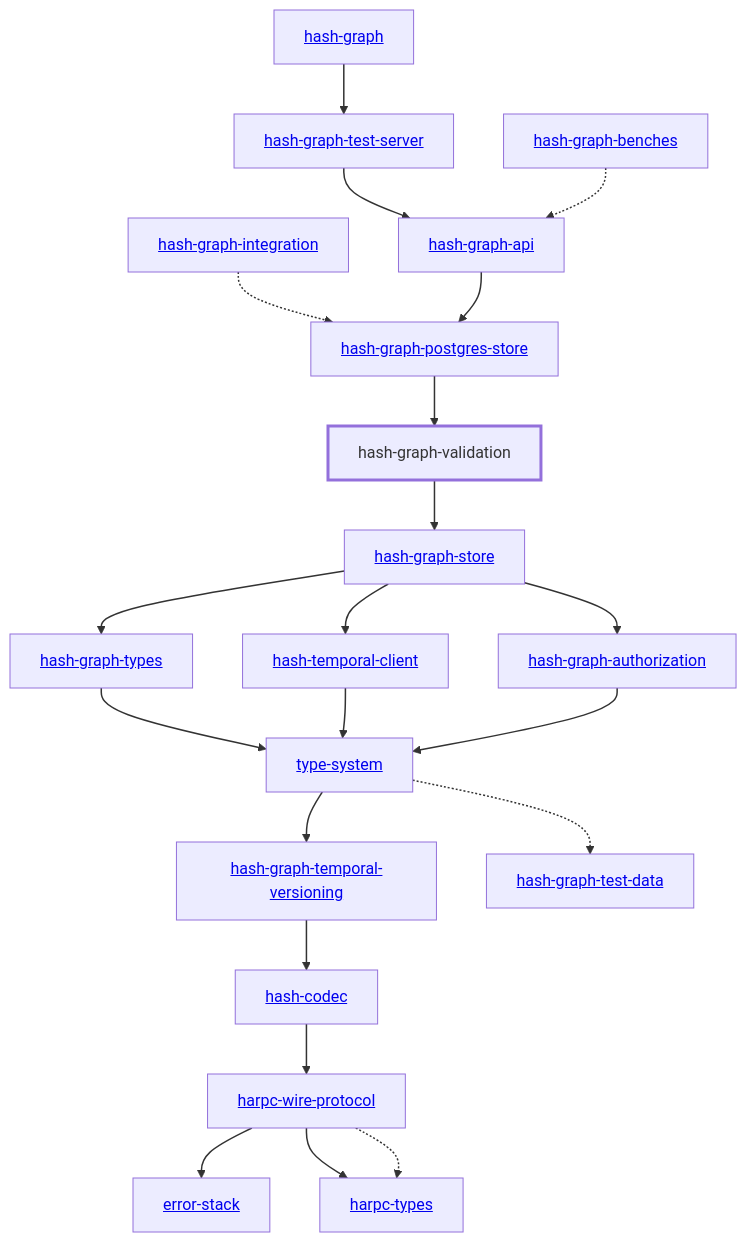
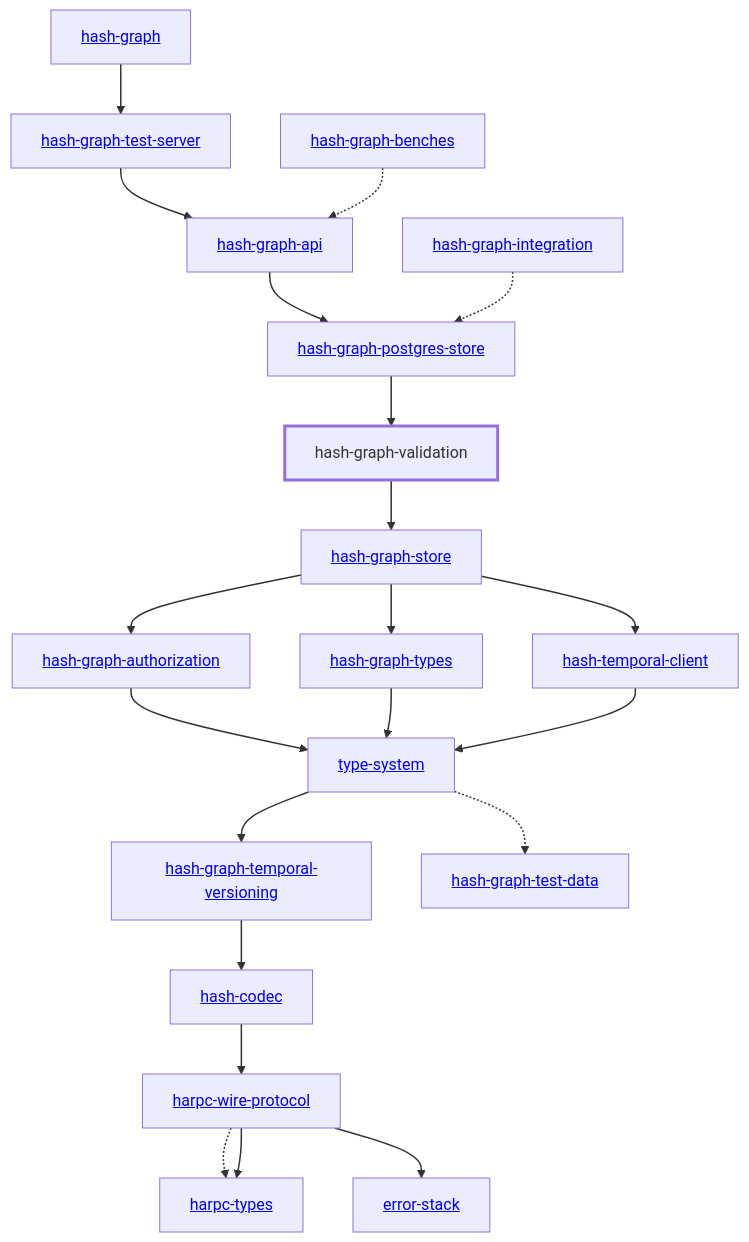
Before and after one commit to hashintel/hash: the diagram in libs/@local/graph/validation/docs/dependency-diagram.mmd, drawn with Mermaid. The commit also changed 34 other files, not shown here.

Commit message:
chore: update dependency diagrams

```diff
--- a/libs/@local/graph/validation/docs/dependency-diagram.mmd
+++ b/libs/@local/graph/validation/docs/dependency-diagram.mmd
@@ -1,49 +1,49 @@
 graph TD
     linkStyle default stroke-width:1.5px
     classDef default stroke-width:1px
     classDef root stroke-width:3px
     classDef dev stroke-width:1px
     classDef build stroke-width:1px
     %% Legend
     %% --> : Normal dependency
     %% -.-> : Dev dependency
     %% ---> : Build dependency
-    0[<a href="../hash_graph/index.html">hash-graph</a>]
-    1[<a href="../hash_graph_api/index.html">hash-graph-api</a>]
-    2[<a href="../hash_graph_authorization/index.html">hash-graph-authorization</a>]
-    3[<a href="../hash_graph_benches/index.html">hash-graph-benches</a>]
-    4[<a href="../hash_graph_integration/index.html">hash-graph-integration</a>]
-    5[<a href="../hash_graph_types/index.html">hash-graph-types</a>]
-    6[hash-graph-validation]
-    class 6 root
-    7[<a href="../error_stack/index.html">error-stack</a>]
-    8[<a href="../hash_graph_postgres_store/index.html">hash-graph-postgres-store</a>]
-    9[<a href="../hash_graph_store/index.html">hash-graph-store</a>]
-    10[<a href="../hash_graph_temporal_versioning/index.html">hash-graph-temporal-versioning</a>]
-    11[<a href="../hash_graph_test_data/index.html">hash-graph-test-data</a>]
-    12[<a href="../hash_graph_test_server/index.html">hash-graph-test-server</a>]
-    13[<a href="../hash_temporal_client/index.html">hash-temporal-client</a>]
-    14[<a href="../type_system/index.html">type-system</a>]
-    15[<a href="../harpc_types/index.html">harpc-types</a>]
-    16[<a href="../harpc_wire_protocol/index.html">harpc-wire-protocol</a>]
-    17[<a href="../hash_codec/index.html">hash-codec</a>]
-    14 --> 10
-    12 --> 1
-    5 --> 14
-    8 --> 6
-    10 --> 17
-    9 --> 2
-    9 --> 5
-    9 --> 13
+    0[<a href="../hash_graph">hash-graph</a>]
+    1[<a href="../type_system">type-system</a>]
+    2[<a href="../hash_codec">hash-codec</a>]
+    3[<a href="../hash_graph_api">hash-graph-api</a>]
+    4[<a href="../hash_graph_authorization">hash-graph-authorization</a>]
+    5[<a href="../hash_graph_postgres_store">hash-graph-postgres-store</a>]
+    6[<a href="../hash_graph_store">hash-graph-store</a>]
+    7[<a href="../hash_graph_temporal_versioning">hash-graph-temporal-versioning</a>]
+    8[<a href="../hash_graph_test_server">hash-graph-test-server</a>]
+    9[<a href="../hash_graph_types">hash-graph-types</a>]
+    10[hash-graph-validation]
+    class 10 root
+    11[<a href="../harpc_types">harpc-types</a>]
+    12[<a href="../harpc_wire_protocol">harpc-wire-protocol</a>]
+    13[<a href="../hash_temporal_client">hash-temporal-client</a>]
+    14[<a href="../error_stack">error-stack</a>]
+    15[<a href="../hash_graph_benches">hash-graph-benches</a>]
+    16[<a href="../hash_graph_integration">hash-graph-integration</a>]
+    17[<a href="../hash_graph_test_data">hash-graph-test-data</a>]
+    0 --> 8
+    1 --> 7
+    1 -.-> 17
+    2 --> 12
+    3 --> 5
+    4 --> 1
+    5 --> 10
+    6 --> 4
     6 --> 9
-    16 --> 7
-    16 --> 15
-    16 -.-> 15
-    17 --> 16
-    14 -.-> 11
-    0 --> 12
-    13 --> 14
-    4 -.-> 8
-    1 --> 8
-    2 --> 14
-    3 -.-> 1
+    6 --> 13
+    7 --> 2
+    8 --> 3
+    9 --> 1
+    10 --> 6
+    12 -.-> 11
+    12 --> 11
+    12 --> 14
+    13 --> 1
+    15 -.-> 3
+    16 -.-> 5
```
